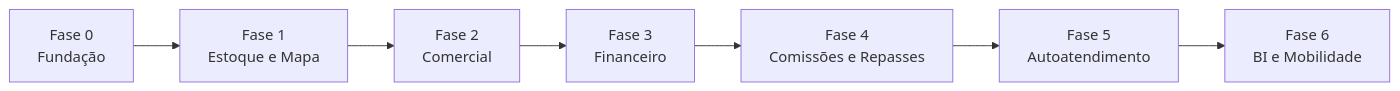
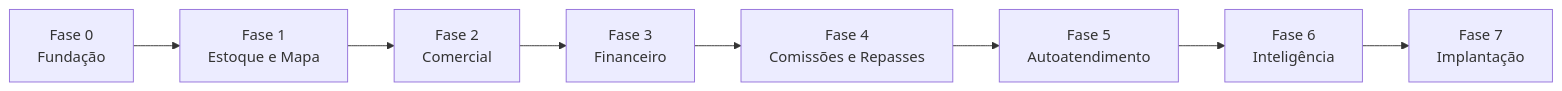
Before and after one commit to juliocezarvoltolini/Imob: the diagram in docs/04-backlog-e-roadmap.md, drawn with Mermaid. The commit also changed other lines of this file and 5 other files, not shown here.

````diff
--- a/docs/04-backlog-e-roadmap.md
+++ b/docs/04-backlog-e-roadmap.md
@@ -149,9 +150,10 @@
 ```mermaid
 graph LR
     F0[Fase 0<br/>Fundação] --> F1[Fase 1<br/>Estoque e Mapa]
     F1 --> F2[Fase 2<br/>Comercial]
     F2 --> F3[Fase 3<br/>Financeiro]
     F3 --> F4[Fase 4<br/>Comissões e Repasses]
     F4 --> F5[Fase 5<br/>Autoatendimento]
-    F5 --> F6[Fase 6<br/>BI e Mobilidade]
+    F5 --> F6[Fase 6<br/>Inteligência]
+    F6 --> F7[Fase 7<br/>Implantação]
 ```
````
